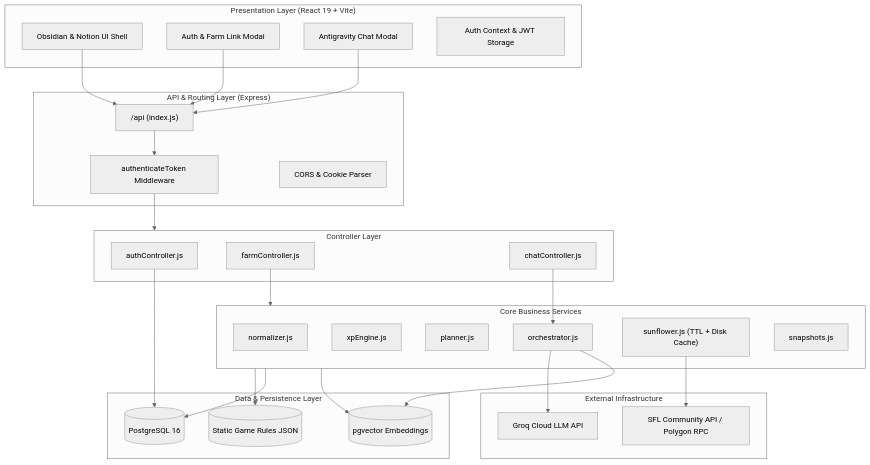
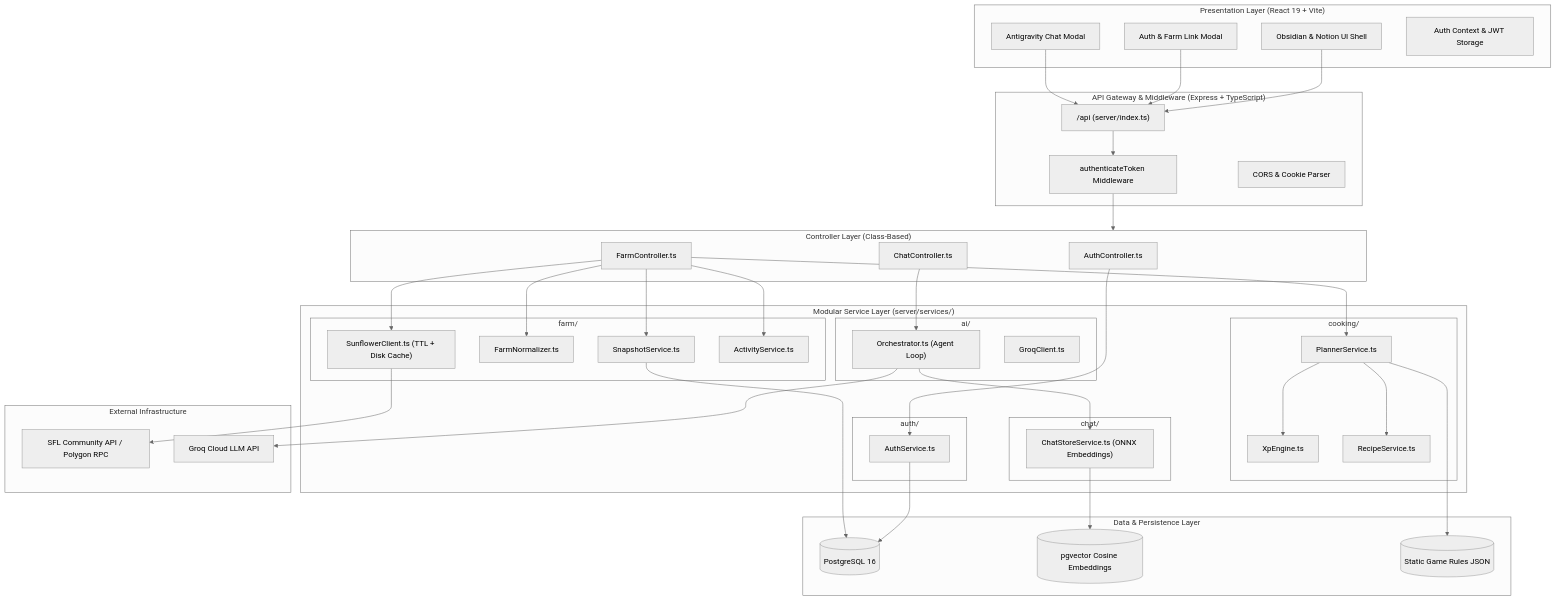
Before and after one commit to subhradip-me/eldric-sfl-ai-companion: the diagram in docs/01_ARCHITECTURE.md, drawn with Mermaid (neutral theme). The commit also changed other lines of this file and 12 other files, not shown here.

Commit message:
docs: comprehensive overhaul across docs/ with in-depth TypeScript code snippets and architecture flows

````diff
--- a/docs/01_ARCHITECTURE.md
+++ b/docs/01_ARCHITECTURE.md
@@ -9,58 +9,80 @@
 ```mermaid
 graph TB
     subgraph Client["Presentation Layer (React 19 + Vite)"]
         UI[Obsidian & Notion UI Shell]
         AuthUI[Auth & Farm Link Modal]
         ChatUI[Antigravity Chat Modal]
         Ctx[Auth Context & JWT Storage]
     end
 
-    subgraph Gateway["API & Routing Layer (Express)"]
-        Router["/api (index.js)"]
+    subgraph Gateway["API Gateway & Middleware (Express + TypeScript)"]
+        Router["/api (server/index.ts)"]
         AuthMid["authenticateToken Middleware"]
         CORS["CORS & Cookie Parser"]
     end
 
-    subgraph Controllers["Controller Layer"]
-        AC["authController.js"]
-        FC["farmController.js"]
-        CC["chatController.js"]
+    subgraph Controllers["Controller Layer (Class-Based)"]
+        AC["AuthController.ts"]
+        FC["FarmController.ts"]
+        CC["ChatController.ts"]
     end
 
-    subgraph Services["Core Business Services"]
-        Norm["normalizer.js"]
-        XPEng["xpEngine.js"]
-        Plan["planner.js"]
-        Orch["orchestrator.js"]
-        SFLClient["sunflower.js (TTL + Disk Cache)"]
-        Snap["snapshots.js"]
+    subgraph ModularServices["Modular Service Layer (server/services/)"]
+        subgraph FarmDomain["farm/"]
+            SFL["SunflowerClient.ts (TTL + Disk Cache)"]
+            Norm["FarmNormalizer.ts"]
+            Snap["SnapshotService.ts"]
+            Act["ActivityService.ts"]
+        end
+        subgraph CookingDomain["cooking/"]
+            XPEng["XpEngine.ts"]
+            Rec["RecipeService.ts"]
+            Plan["PlannerService.ts"]
+        end
+        subgraph AIDomain["ai/"]
+            Orch["Orchestrator.ts (Agent Loop)"]
+            GroqClient["GroqClient.ts"]
+        end
+        subgraph AuthDomain["auth/"]
+            AuthSvc["AuthService.ts"]
+        end
+        subgraph ChatDomain["chat/"]
+            ChatStore["ChatStoreService.ts (ONNX Embeddings)"]
+        end
     end
 
     subgraph Storage["Data & Persistence Layer"]
         PG[(PostgreSQL 16)]
-        PGV[(pgvector Embeddings)]
+        PGV[(pgvector Cosine Embeddings)]
         RuleFiles[(Static Game Rules JSON)]
     end
 
     subgraph External["External Infrastructure"]
         SFL_API["SFL Community API / Polygon RPC"]
         Groq["Groq Cloud LLM API"]
     end
 
     UI --> Router
     AuthUI --> Router
     ChatUI --> Router
     Router --> AuthMid
     AuthMid --> Controllers
 
-    AC --> PG
-    FC --> Services
+    AC --> AuthSvc
+    AuthSvc --> PG
+    FC --> SFL
+    FC --> Norm
+    FC --> Plan
+    FC --> Snap
+    FC --> Act
     CC --> Orch
 
-    Services --> RuleFiles
-    Services --> PG
-    Services --> PGV
-    SFLClient --> SFL_API
+    SFL --> SFL_API
     Orch --> Groq
-    Orch --> PGV
+    Orch --> ChatStore
+    ChatStore --> PGV
+    Snap --> PG
+    Plan --> XPEng
+    Plan --> Rec
+    Plan --> RuleFiles
 ```
````
